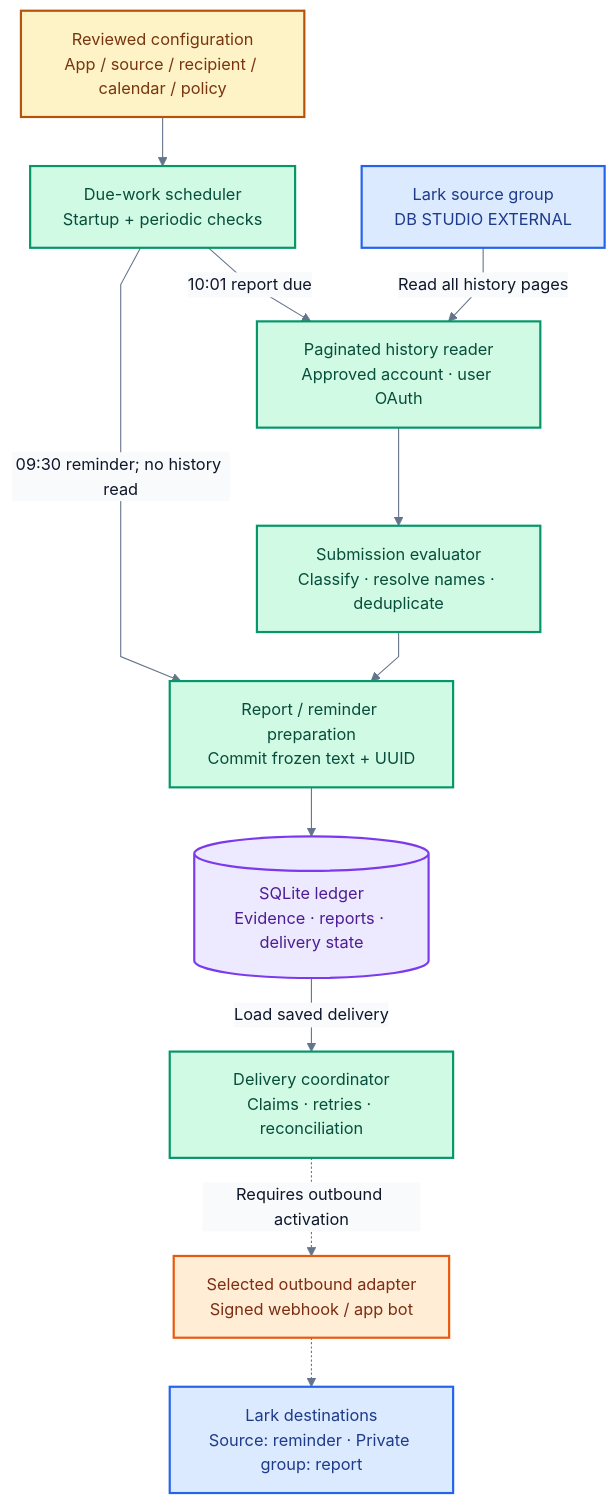
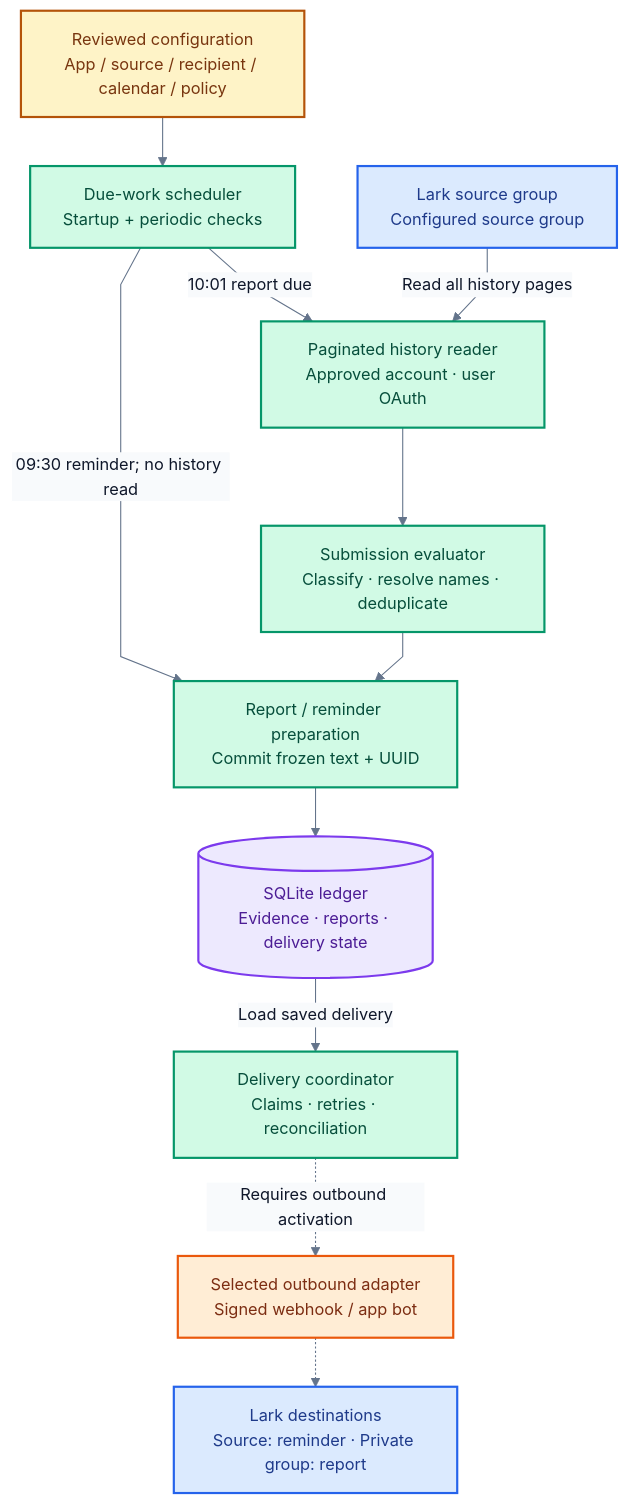
Before and after one commit to mbeka02/task-list-submission-automation: the first of 4 diagrams in README.md, drawn with Mermaid. The commit also changed other lines of this file and 5 other files, not shown here.

````diff
--- a/README.md
+++ b/README.md
@@ -52,31 +50,31 @@
 ```mermaid
 %%{init: {"theme":"base","fontFamily":"sans-serif","themeVariables":{"fontFamily":"sans-serif","fontSize":"15px","lineColor":"#64748b","primaryTextColor":"#0f172a","edgeLabelBackground":"#f8fafc"},"flowchart":{"curve":"linear","nodeSpacing":40,"rankSpacing":45}}}%%
 flowchart TB
     CONFIG["Reviewed configuration<br/>App / source / recipient / calendar / policy"]:::config
     SCHEDULE["Due-work scheduler<br/>Startup + periodic checks"]:::worker
-    SOURCE["Lark source group<br/>DB STUDIO EXTERNAL"]:::lark
+    SOURCE["Lark source group<br/>Configured source group"]:::lark
     READER["Paginated history reader<br/>Approved account · user OAuth"]:::worker
     EVALUATE["Submission evaluator<br/>Classify · resolve names · deduplicate"]:::worker
     FREEZE["Report / reminder preparation<br/>Commit frozen text + UUID"]:::worker
     LEDGER[("SQLite ledger<br/>Evidence · reports · delivery state")]:::storage
     DELIVERY["Delivery coordinator<br/>Claims · retries · reconciliation"]:::worker
     BOT["Selected outbound adapter<br/>Signed webhook / app bot"]:::outbound
     TARGETS["Lark destinations<br/>Source: reminder · Private group: report"]:::lark
 
     CONFIG --> SCHEDULE
     SCHEDULE -->|10:01 report due| READER
     SOURCE -->|Read all history pages| READER
     READER --> EVALUATE
     EVALUATE --> FREEZE
     SCHEDULE -->|09:30 reminder; no history read| FREEZE
     FREEZE --> LEDGER
     LEDGER -->|Load saved delivery| DELIVERY
     DELIVERY -.->|Requires outbound activation| BOT
     BOT -.-> TARGETS
 
     classDef config fill:#fef3c7,stroke:#b45309,color:#78350f,stroke-width:2px;
     classDef lark fill:#dbeafe,stroke:#2563eb,color:#1e3a8a,stroke-width:2px;
     classDef worker fill:#d1fae5,stroke:#059669,color:#064e3b,stroke-width:2px;
     classDef storage fill:#ede9fe,stroke:#7c3aed,color:#4c1d95,stroke-width:2px;
     classDef outbound fill:#ffedd5,stroke:#ea580c,color:#7c2d12,stroke-width:2px;
 ```
````
